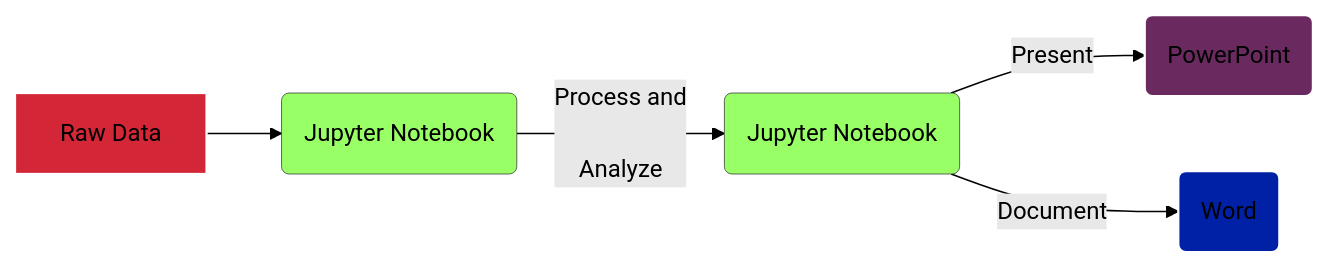
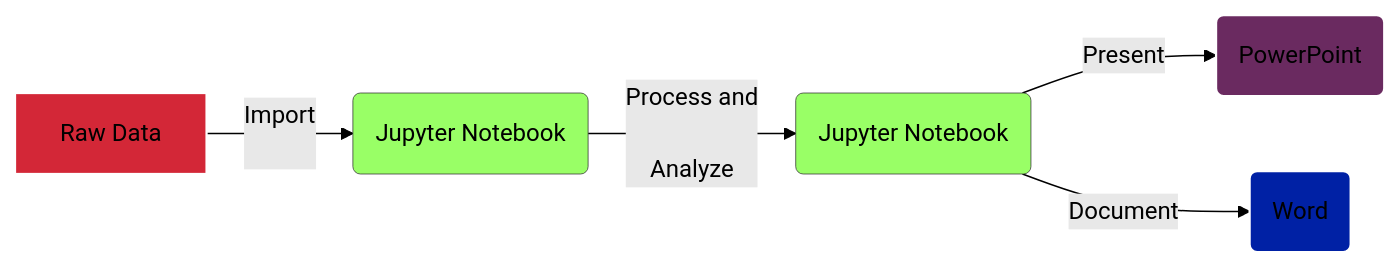
One commit to UF-SPLab/coding-capabilities-science changed diagram 11 of 14 in cultivate_coding.qmd. Above: the diagram before and after it, drawn with Mermaid. The commit also changed other lines of this file and 1 other file, not shown here.

````diff
--- a/cultivate_coding.qmd
+++ b/cultivate_coding.qmd
@@ -524,32 +603,26 @@
 ```{mermaid, echo=FALSE, warning=FALSE, message=FALSE, fig.width=12, fig.height=2}
 
 %%{init: {'theme':'forest'}}%%
 
 graph LR
-    A[Raw Data] --> B(Jupyter Notebook)
+    A[Raw Data] -->|Import </br> </br> </tab> | B(Jupyter Notebook)
     B -->|Process and </tab> </br> </br> </tab> Analyze| C(Jupyter Notebook)
     C -->|Present| D(PowerPoint)
     C -->|Document| E(Word)
     
 
     classDef green fill:#9f6,stroke:#333,stroke-width:0.5px;
     classDef orange fill:#f96,stroke:#333,stroke-width:1px;
     classDef white fill:#fff,stroke:#333,stroke-width:1px; 
     classDef blue fill:#6699cc,stroke:#333,stroke-width:1px;
     classDef red fill:#D32737,stroke:#FFF,stroke-width:1.5px;
     classDef purple fill:#6A2A60,stroke:#FFF,stroke-width:1.5px;
     classDef royalblue fill:#0021A5,stroke:#FFF,stroke-width:1.5px;
     
     class B,C green
     class A red
     class E royalblue
     class D purple
     
     
-    %%style A fill:#f9f,stroke:#333,stroke-width:2px
-    %%style B fill:#bbf,stroke:#333,stroke-width:2px
-    %%style C fill:#fbf,stroke:#333,stroke-width:2px
-    %%style D fill:#bfb,stroke:#333,stroke-width:2px
-    %%style E fill:#ffb,stroke:#333,stroke-width:2px
-    
 ```
````
